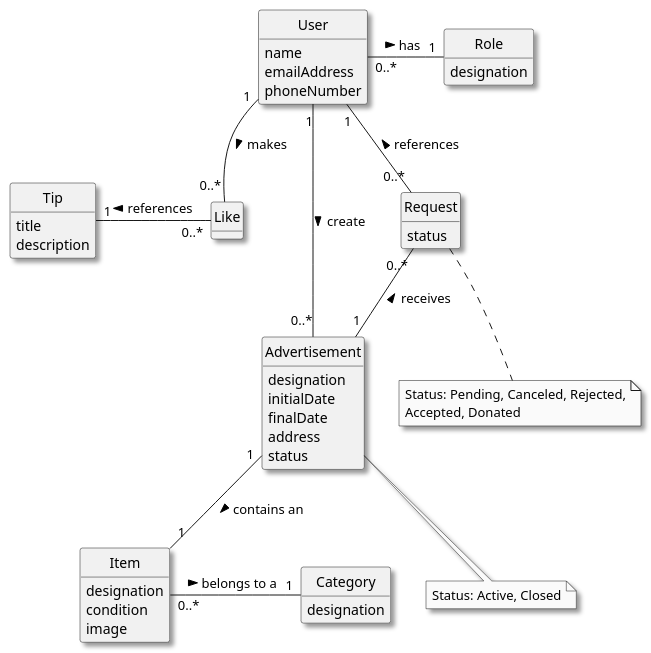
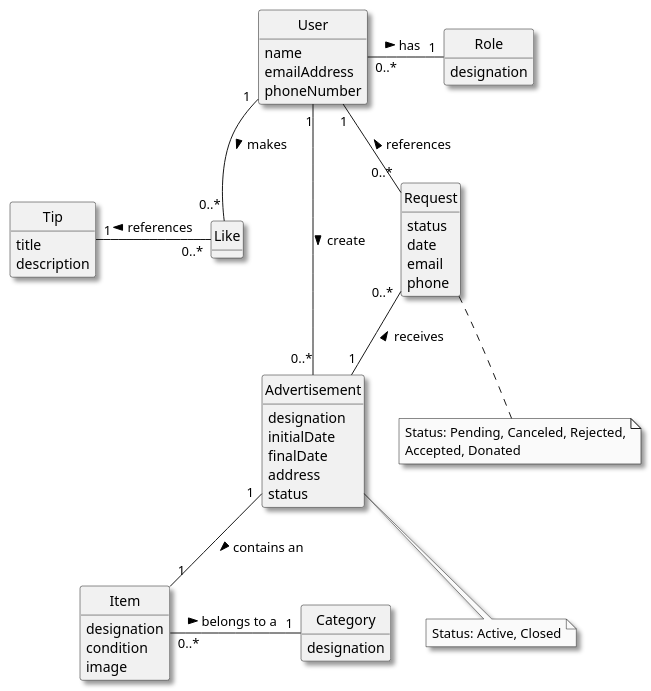
The diagram in Docs/global-artifacts/02-analysis/DM.puml (vivianeaalmeida/ComeAndGet), drawn with PlantUML before and after one commit. The commit also changed 11 other files, not shown here.

```diff
--- a/Docs/global-artifacts/02-analysis/DM.puml
+++ b/Docs/global-artifacts/02-analysis/DM.puml
@@ -1,70 +1,75 @@
 @startuml
 skinparam monochrome true
 skinparam packageStyle rectangle
 skinparam shadowing true
 'skinparam linetype ortho
 skinparam classAttributeIconSize 0
 hide circle
 hide methods
 'left to right direction
 
 class User {
     name
     emailAddress
     phoneNumber
 }
 
 class Role {
     designation
 }
 
 class Item {
     designation
     condition
     image
 }
 
 class Category {
     designation
 }
 
 class Advertisement{
     designation
     initialDate
     finalDate
     address
     status
     '(active, closed)
 }
 
 class Request {
     status
     '(pending, canceled, rejected, accepted, donated)
+    date
+    email
+    phone
 }
+
+note bottom of Request
+Status: Pending, Canceled, Rejected,
+Accepted, Donated
+endnote
 
 class Tip {
     title
     description
 }
 
 class Like {
 }
 
-note bottom of Request
-Status: Pending, Canceled, Rejected,
-Accepted, Donated
-endnote
+
 
 note bottom of Advertisement
 Status: Active, Closed
 endnote
 
 Item "0..*" -left- "1" Category : belongs to a \t >
 Advertisement "1" -- "1" Item : contains an \t >
 User "1" -- "0..*" Advertisement : create >
 User "1" -- "0..*" Request : references <
 Request "0..*" -- "1" Advertisement : receives <
 User "1" -- "0..*" Like : makes >
 Like "0..*" -left- "1" Tip : references >
 "User" "0..*" - "1" Role : has \t >
 @enduml
```
